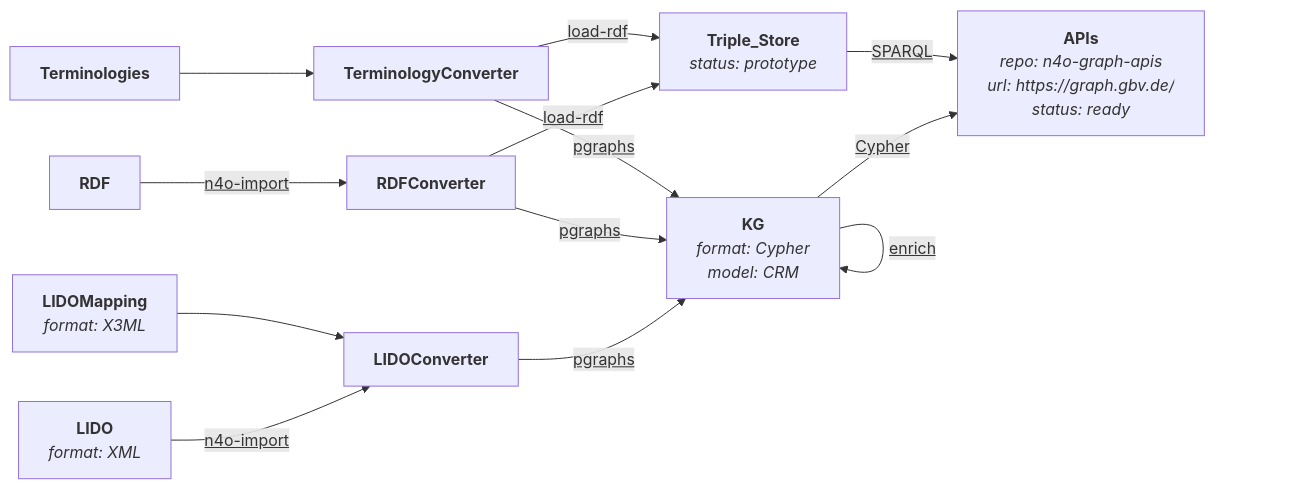
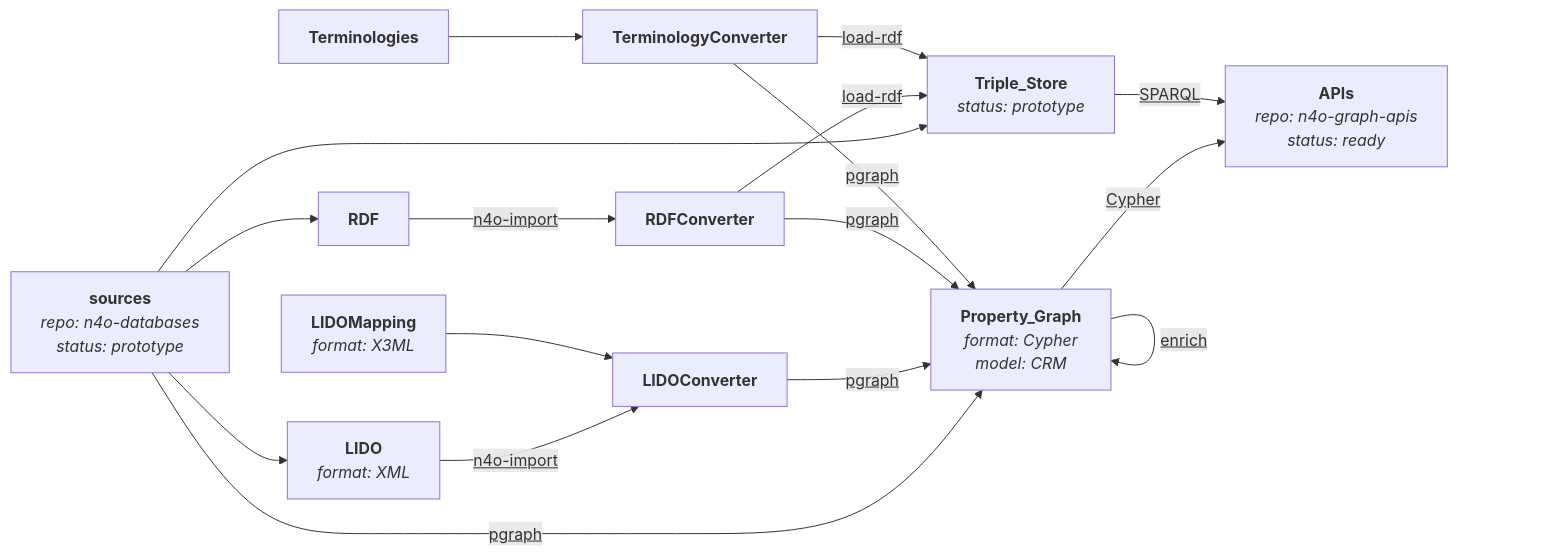
One commit to nfdi4objects/n4o-graph changed the diagram in manual/img/data-flow.mmd. Above: the diagram before and after it, drawn with Mermaid. The commit also changed 1 other file, not shown here.

Commit message:
Extend data flow!

```diff
--- a/manual/img/data-flow.mmd
+++ b/manual/img/data-flow.mmd
@@ -1,23 +1,28 @@
 flowchart LR
-    APIs["<b>APIs</b><br/><i>repo: n4o-graph-apis</i><br/><i>url: https://graph.gbv.de/</i><br/><i>status: ready</i>"]
-    KG["<b>KG</b><br/><i>format: Cypher</i><br/><i>model: CRM</i>"]
+    APIs["<b>APIs</b><br/><i>repo: n4o-graph-apis</i><br/><i>status: ready</i>"]
     LIDO["<b>LIDO</b><br/><i>format: XML</i>"]
     LIDOConverter["<b>LIDOConverter</b>"]
     LIDOMapping["<b>LIDOMapping</b><br/><i>format: X3ML</i>"]
+    Property_Graph["<b>Property_Graph</b><br/><i>format: Cypher</i><br/><i>model: CRM</i>"]
     RDF["<b>RDF</b>"]
     RDFConverter["<b>RDFConverter</b>"]
     Terminologies["<b>Terminologies</b>"]
     TerminologyConverter["<b>TerminologyConverter</b>"]
     Triple_Store["<b>Triple_Store</b><br/><i>status: prototype</i>"]
+    sources["<b>sources</b><br/><i>repo: n4o-databases</i><br/><i>status: prototype</i>"]
+    sources -- "<u>pgraph</u>" --> Property_Graph
+    sources --> Triple_Store
+    sources --> LIDO
+    sources --> RDF
     LIDO -- "<u>n4o-import</u>" --> LIDOConverter
-    LIDOConverter -- "<u>pgraphs</u>" --> KG
+    LIDOConverter -- "<u>pgraph</u>" --> Property_Graph
     RDF -- "<u>n4o-import</u>" --> RDFConverter
     RDFConverter -- "<u>load-rdf</u>" --> Triple_Store
-    RDFConverter -- "<u>pgraphs</u>" --> KG
-    KG -- "<u>enrich</u>" --> KG
+    RDFConverter -- "<u>pgraph</u>" --> Property_Graph
+    Property_Graph -- "<u>enrich</u>" --> Property_Graph
     LIDOMapping --> LIDOConverter
-    KG -- "<u>Cypher</u>" --> APIs
+    Property_Graph -- "<u>Cypher</u>" --> APIs
     Triple_Store -- "<u>SPARQL</u>" --> APIs
     Terminologies --> TerminologyConverter
     TerminologyConverter -- "<u>load-rdf</u>" --> Triple_Store
-    TerminologyConverter -- "<u>pgraphs</u>" --> KG
+    TerminologyConverter -- "<u>pgraph</u>" --> Property_Graph
```
